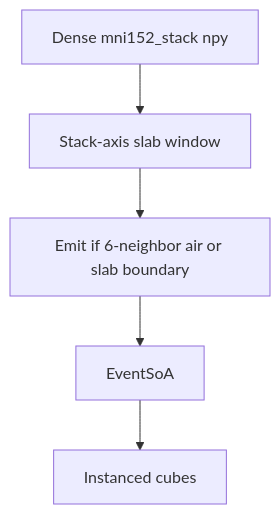
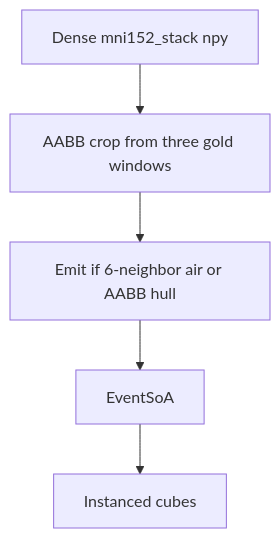
Diagram 24 of 27 in architecture.md (PiMaV/DONNER), drawn with Mermaid before and after one commit. The commit also changed other lines of this file and 27 other files, not shown here.

Commit message:
Collect Inspect AABB crop and Conway ash on main, and keep the stashed headlamp module so parallel lighting work is not lost.

````diff
--- a/architecture.md
+++ b/architecture.md
@@ -737,9 +801,9 @@
 ```mermaid
 flowchart TB
   dense[Dense mni152_stack npy]
-  slab[Stack-axis slab window]
-  cull[Emit if 6-neighbor air or slab boundary]
+  aabb[AABB crop from three gold windows]
+  cull[Emit if 6-neighbor air or AABB hull]
   soa[EventSoA]
   cubes[Instanced cubes]
-  dense --> slab --> cull --> soa --> cubes
+  dense --> aabb --> cull --> soa --> cubes
 ```
````
